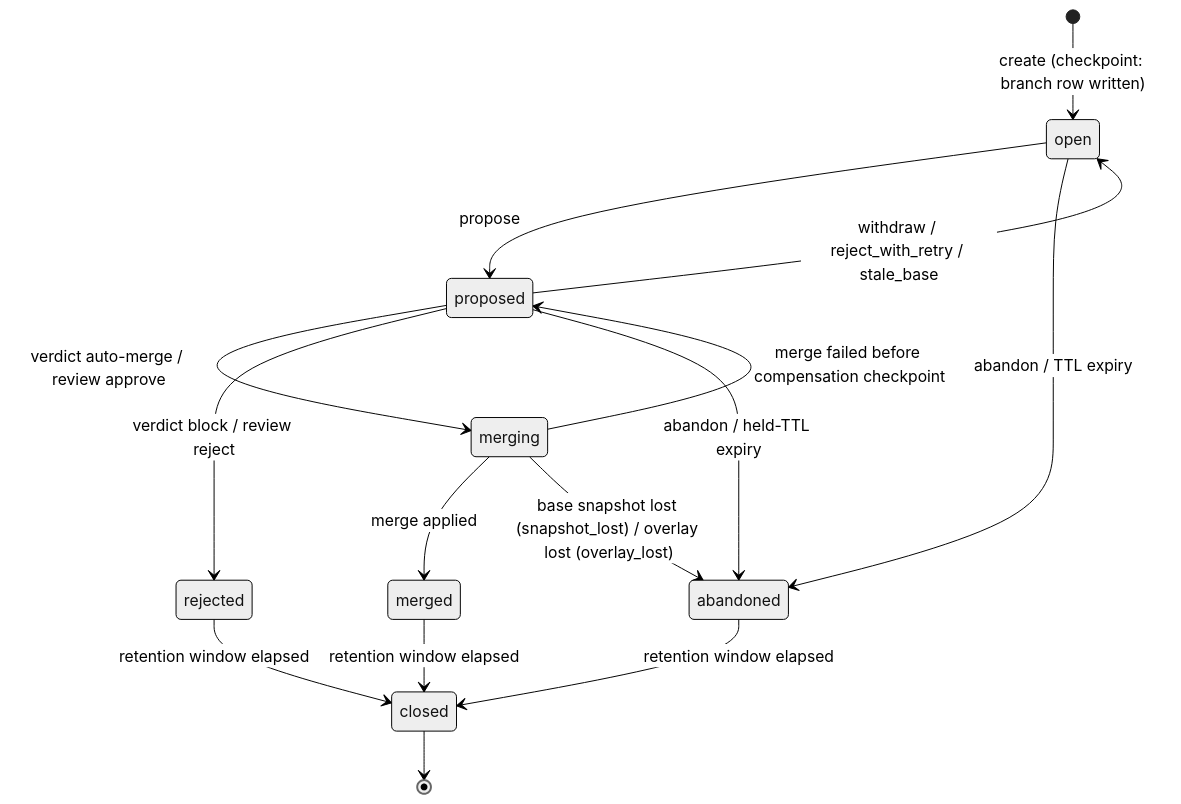
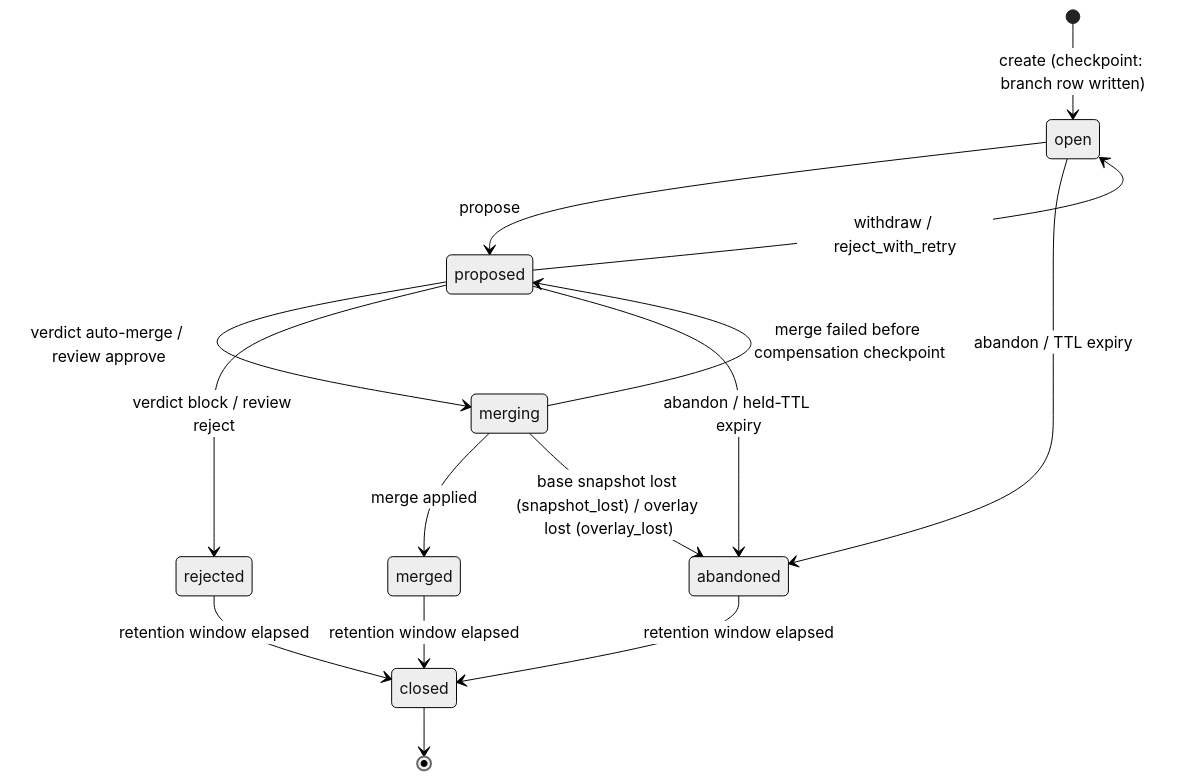
The first of 7 diagrams in docs/20-contracts/13-branch-and-merge-lifecycle.md (sunprema/steward), drawn with Mermaid (neutral theme) before and after one commit. The commit also changed other lines of this file and 174 other files, not shown here.

````diff
--- a/docs/20-contracts/13-branch-and-merge-lifecycle.md
+++ b/docs/20-contracts/13-branch-and-merge-lifecycle.md
@@ -17,17 +17,17 @@
 ```mermaid
 stateDiagram-v2
     [*] --> open : create (checkpoint: branch row written)
     open --> proposed : propose
     open --> abandoned : abandon / TTL expiry
-    proposed --> open : withdraw / reject_with_retry / stale_base
+    proposed --> open : withdraw / reject_with_retry
     proposed --> merging : verdict auto-merge / review approve
     proposed --> rejected : verdict block / review reject
     proposed --> abandoned : abandon / held-TTL expiry
     merging --> merged : merge applied
     merging --> proposed : merge failed before compensation checkpoint
     merging --> abandoned : base snapshot lost (snapshot_lost) / overlay lost (overlay_lost)
     merged --> closed : retention window elapsed
     rejected --> closed : retention window elapsed
     abandoned --> closed : retention window elapsed
     closed --> [*]
 ```
````
